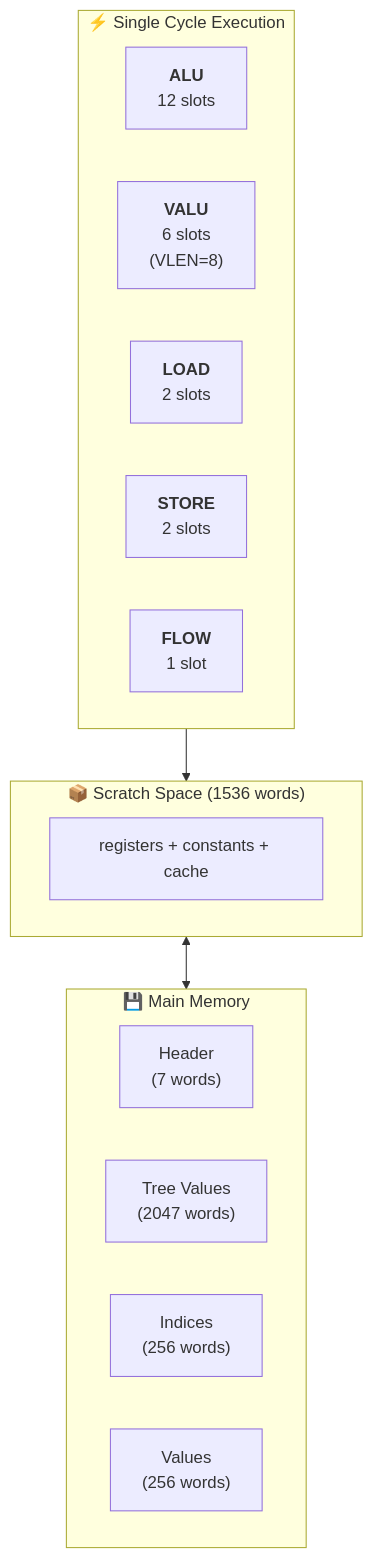
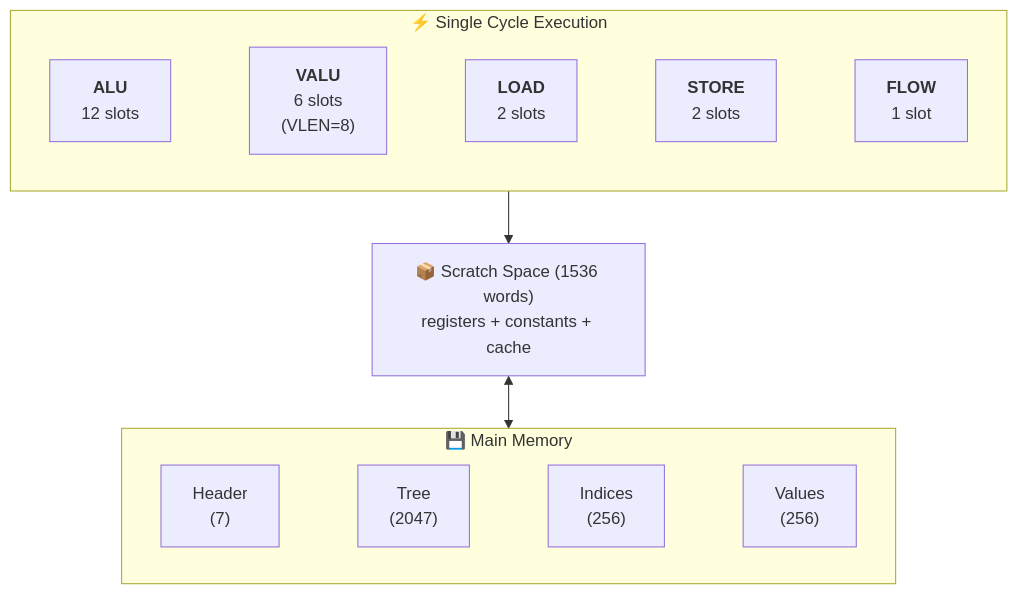
The first of 4 diagrams in content/posts/anthropic-performance-takehome-deep-dive.md (trirpi/trirpi.github.io), drawn with Mermaid before and after one commit.

Commit message:
Use invisible links to force horizontal engine layout

````diff
--- a/content/posts/anthropic-performance-takehome-deep-dive.md
+++ b/content/posts/anthropic-performance-takehome-deep-dive.md
@@ -31,27 +31,15 @@
 ```mermaid
 flowchart TB
     subgraph cycle["⚡ Single Cycle Execution"]
-        direction LR
-        ALU["<b>ALU</b><br/>12 slots"]
-        VALU["<b>VALU</b><br/>6 slots<br/>(VLEN=8)"]
-        LOAD["<b>LOAD</b><br/>2 slots"]
-        STORE["<b>STORE</b><br/>2 slots"]
-        FLOW["<b>FLOW</b><br/>1 slot"]
+        ALU["<b>ALU</b><br/>12 slots"] ~~~ VALU["<b>VALU</b><br/>6 slots<br/>(VLEN=8)"] ~~~ LOAD["<b>LOAD</b><br/>2 slots"] ~~~ STORE["<b>STORE</b><br/>2 slots"] ~~~ FLOW["<b>FLOW</b><br/>1 slot"]
     end
     
-    subgraph scratch["📦 Scratch Space (1536 words)"]
-        direction LR
-        REG["registers + constants + cache"]
-    end
+    scratch["📦 Scratch Space (1536 words)<br/>registers + constants + cache"]
     
     subgraph mem["💾 Main Memory"]
-        direction LR
-        HEADER["Header<br/>(7 words)"]
-        TREE["Tree Values<br/>(2047 words)"]
-        IDX["Indices<br/>(256 words)"]
-        VAL["Values<br/>(256 words)"]
+        HEADER["Header<br/>(7)"] ~~~ TREE["Tree<br/>(2047)"] ~~~ IDX["Indices<br/>(256)"] ~~~ VAL["Values<br/>(256)"]
     end
     
     cycle --> scratch
     scratch <--> mem
 ```
````
